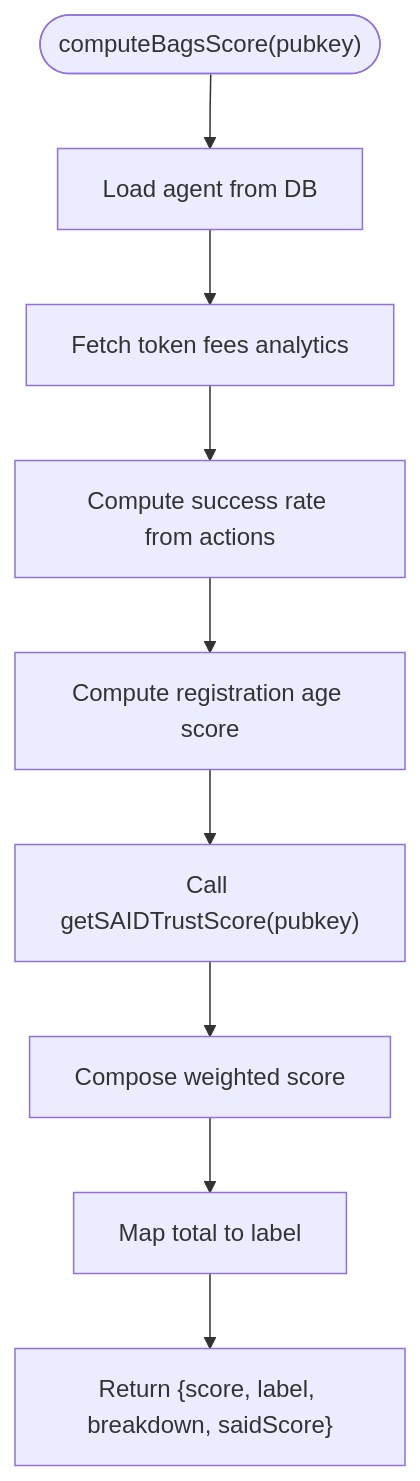
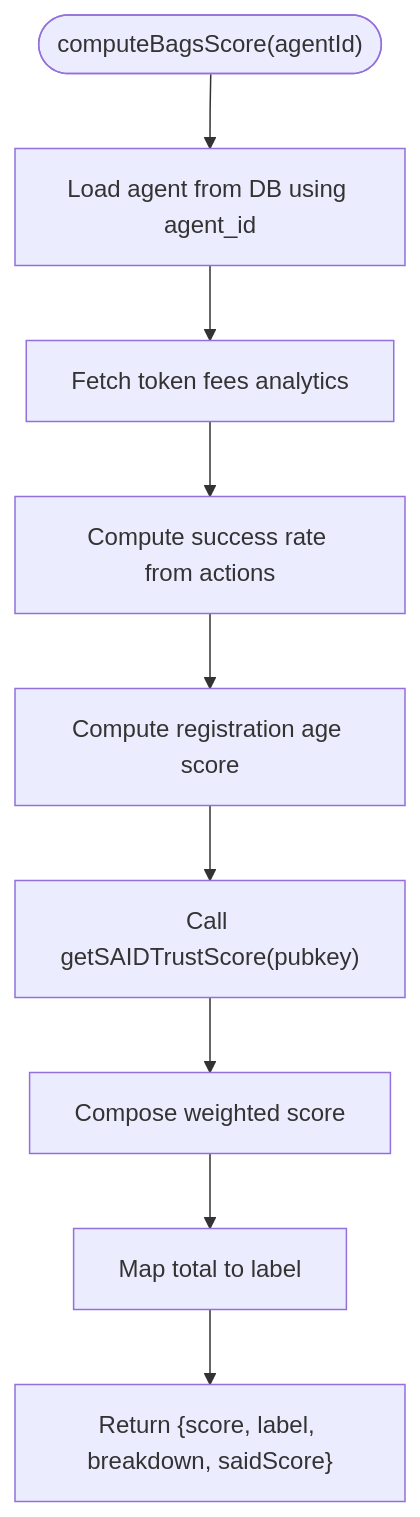
The sixth of 11 diagrams in .qoder/repowiki/en/content/Service Layer/Identity Services.md (RunTimeAdmin/AgentID), drawn with Mermaid before and after one commit. The commit also changed other lines of this file and 31 other files, not shown here.

````diff
--- a/.qoder/repowiki/en/content/Service Layer/Identity Services.md
+++ b/.qoder/repowiki/en/content/Service Layer/Identity Services.md
@@ -234,11 +280,11 @@
 ```mermaid
 flowchart TD
-Start(["computeBagsScore(pubkey)"]) --> Load["Load agent from DB"]
+Start(["computeBagsScore(agentId)"]) --> Load["Load agent from DB using agent_id"]
 Load --> Fees["Fetch token fees analytics"]
 Fees --> Success["Compute success rate from actions"]
 Success --> Age["Compute registration age score"]
 Age --> Said["Call getSAIDTrustScore(pubkey)"]
 Said --> Compose["Compose weighted score"]
 Compose --> Label["Map total to label"]
 Label --> Return["Return {score, label, breakdown, saidScore}"]
 ```
````
